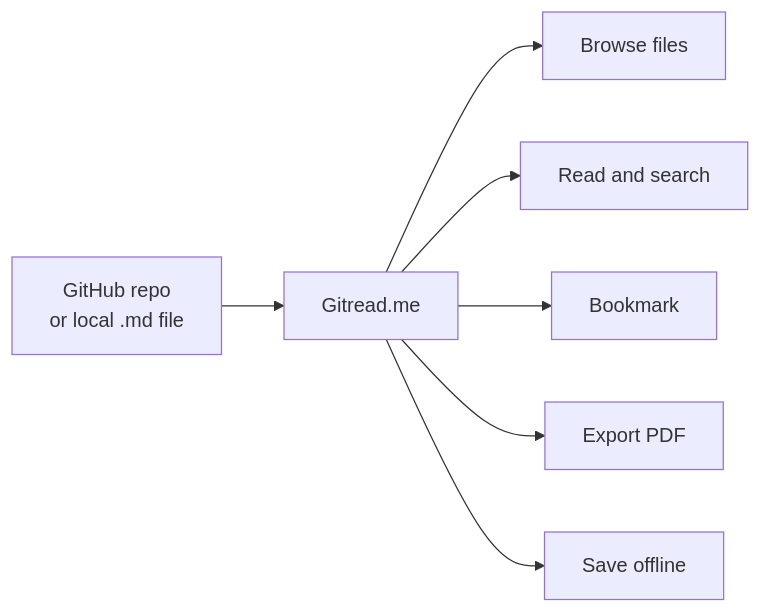
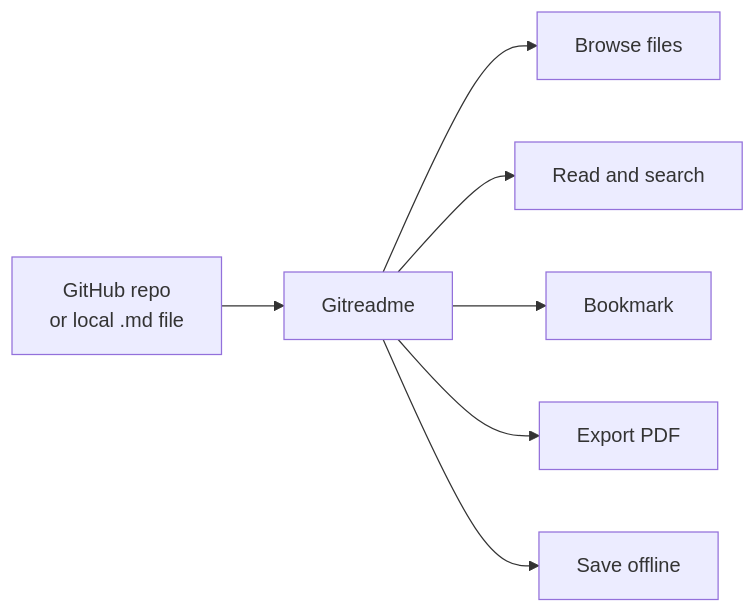
The first of 12 diagrams in README.md (Basavaraj8143/gitreadme), drawn with Mermaid before and after one commit. The commit also changed other lines of this file and 84 other files, not shown here.

````diff
--- a/README.md
+++ b/README.md
@@ -50,9 +50,9 @@
 ```mermaid
 flowchart LR
-    A[GitHub repo<br/>or local .md file] --> B[Gitread.me]
+    A[GitHub repo<br/>or local .md file] --> B[Gitreadme]
     B --> C[Browse files]
     B --> D[Read and search]
     B --> E[Bookmark]
     B --> F[Export PDF]
     B --> G[Save offline]
 ```
````
